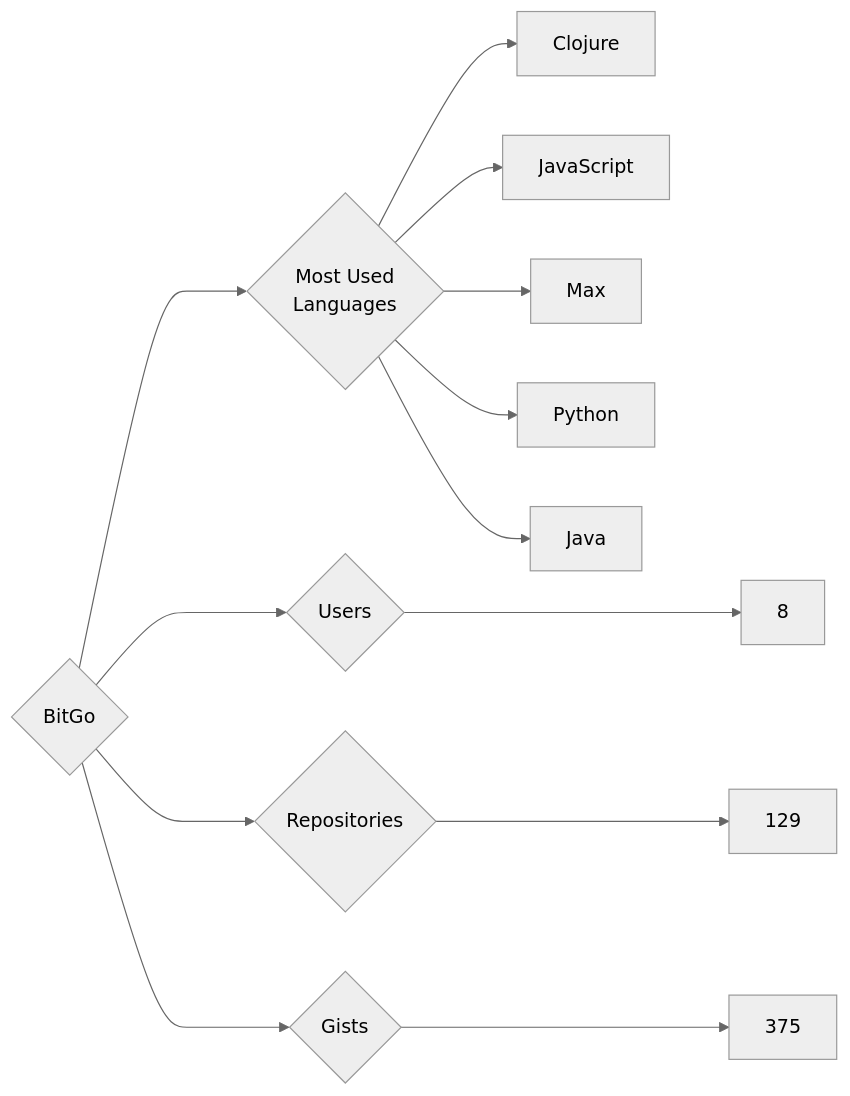
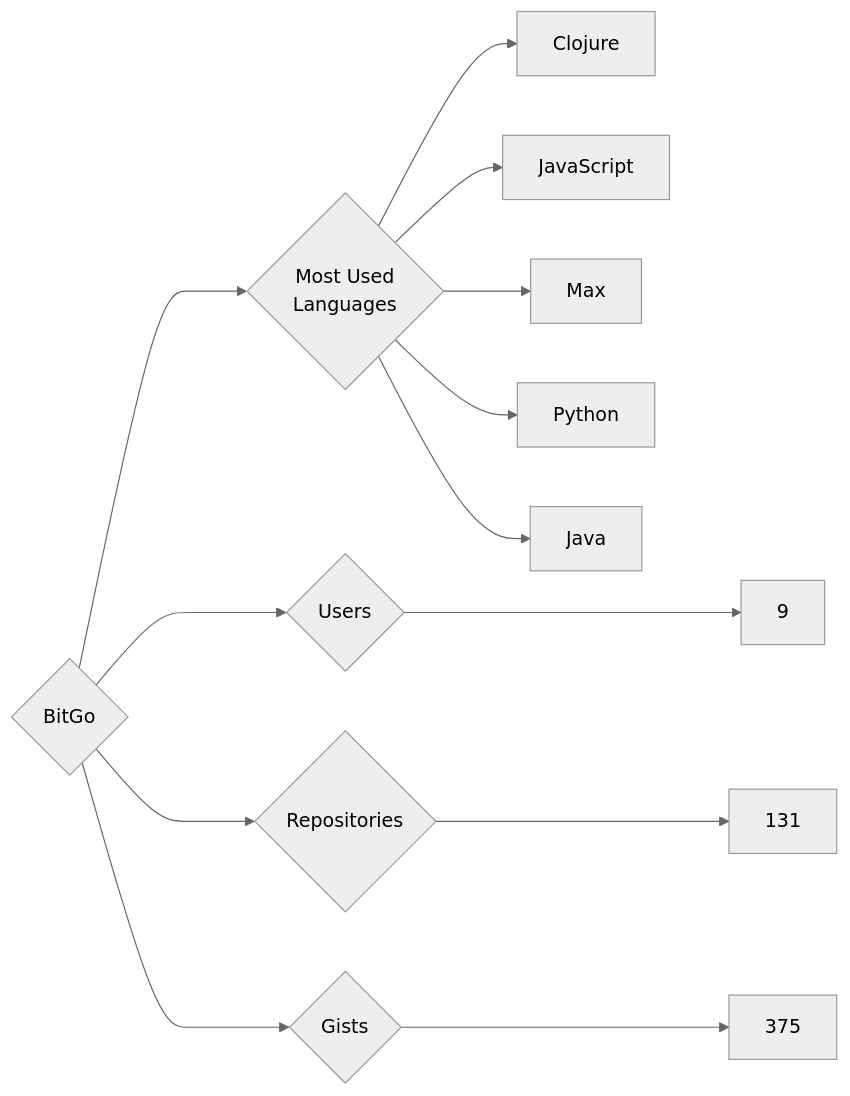
One commit to trickest/insiders changed the diagram in targets/BitGo/README.md. Above: the diagram before and after it, drawn with Mermaid (neutral theme). The commit also changed 993 other files, not shown here.

````diff
--- a/targets/BitGo/README.md
+++ b/targets/BitGo/README.md
@@ -3,13 +3,13 @@
 ```mermaid
 graph LR
 COMPANY_NAME{BitGo}
-COMPANY_NAME ---> U{Users} ---> UN[8]
-COMPANY_NAME ---> R{Repositories} ---> RN[129]
+COMPANY_NAME ---> U{Users} ---> UN[9]
+COMPANY_NAME ---> R{Repositories} ---> RN[131]
 COMPANY_NAME ---> G{Gists} ---> GN[375]
 COMPANY_NAME ---> ML{Most Used<br>Languages}
 ML --> Clojure[Clojure]
 ML --> JavaScript[JavaScript]
 ML --> Max[Max]
 ML --> Python[Python]
 ML --> Java[Java]
 ```
````
